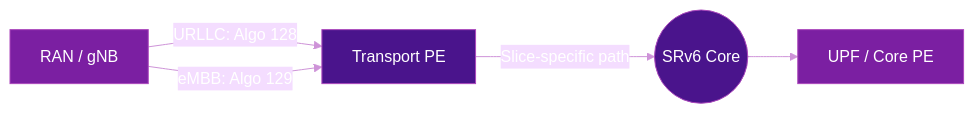
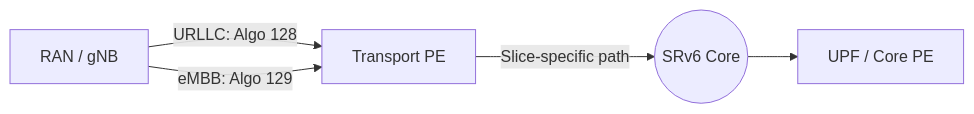
One commit to eldaninavas/srv6.md changed the second of 2 diagrams in docs/use-cases/network-slicing.md. Above: the diagram before and after it, drawn with Mermaid. The commit also changed other lines of this file and 29 other files, not shown here.

First line of the commit message:
fix(mermaid): apply theme-aware colors site-wide

````diff
--- a/docs/use-cases/network-slicing.md
+++ b/docs/use-cases/network-slicing.md
@@ -105,13 +96,7 @@
 ```mermaid
-%%{init: {"theme": "base", "themeVariables": {"primaryTextColor": "#fff", "lineColor": "#ce93d8", "textColor": "#fff"}}}%%
 graph LR
     RAN[RAN / gNB] -->|URLLC: Algo 128| TR1[Transport PE]
     RAN -->|eMBB: Algo 129| TR1
     TR1 -->|Slice-specific path| CORE((SRv6 Core))
     CORE --> UPF[UPF / Core PE]
-
-    style RAN fill:#7b1fa2,color:#fff,stroke:#ab47bc
-    style TR1 fill:#4a148c,color:#fff,stroke:#ab47bc
-    style CORE fill:#4a148c,color:#fff,stroke:#ab47bc
-    style UPF fill:#7b1fa2,color:#fff,stroke:#ab47bc
 ```
````
